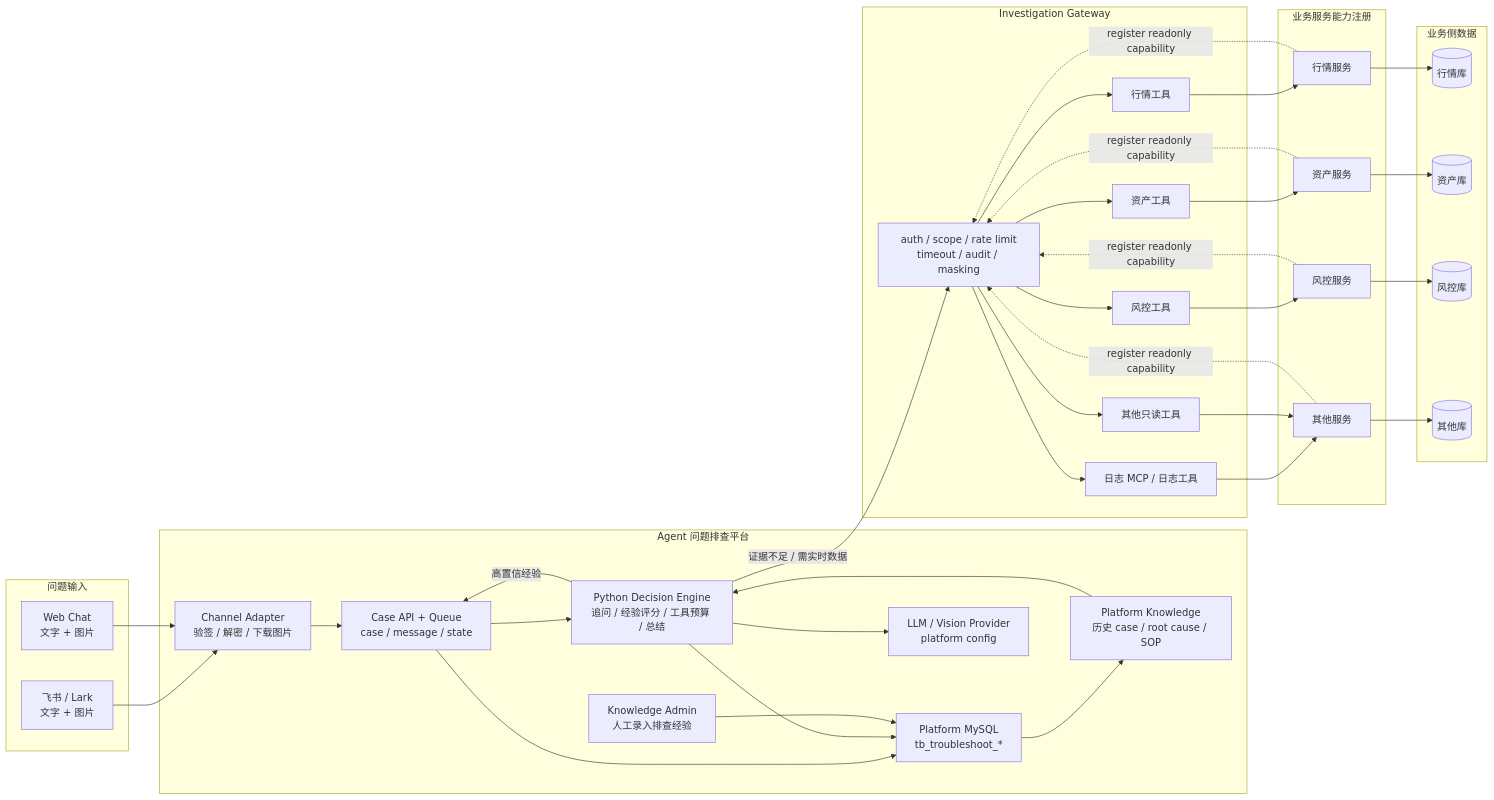
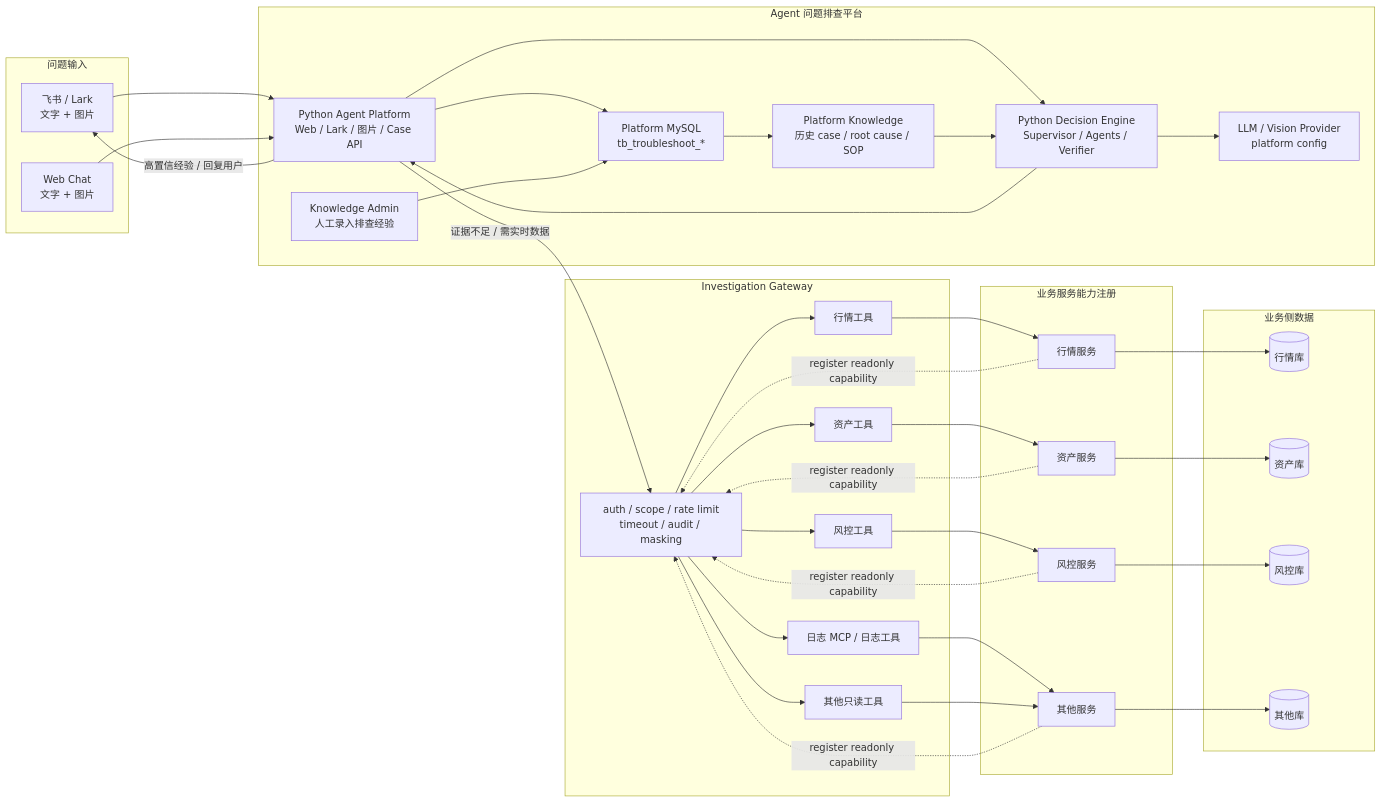
The diagram in docs/architecture-decisions.md (Nankis/ai-troubleshooter), drawn with Mermaid before and after one commit. The commit also changed other lines of this file and 35 other files, not shown here.

Commit message:
P-2026-035 cut over to Python agent platform

````diff
--- a/docs/architecture-decisions.md
+++ b/docs/architecture-decisions.md
@@ -34,71 +34,69 @@
 ```mermaid
 flowchart LR
   subgraph Input["问题输入"]
     Lark["飞书 / Lark<br/>文字 + 图片"]
     Web["Web Chat<br/>文字 + 图片"]
   end
 
   subgraph Platform["Agent 问题排查平台"]
-    Adapter["Channel Adapter<br/>验签 / 解密 / 下载图片"]
-    CaseAPI["Case API + Queue<br/>case / message / state"]
-    PyEngine["Python Decision Engine<br/>追问 / 经验评分 / 工具预算 / 总结"]
+    PyPlatform["Python Agent Platform<br/>Web / Lark / 图片 / Case API"]
+    PyEngine["Python Decision Engine<br/>Supervisor / Agents / Verifier"]
     Store["Platform MySQL<br/>tb_troubleshoot_*"]
     Knowledge["Platform Knowledge<br/>历史 case / root cause / SOP"]
     Admin["Knowledge Admin<br/>人工录入排查经验"]
     Model["LLM / Vision Provider<br/>platform config"]
   end
 
   subgraph Gateway["Investigation Gateway"]
     Gate["auth / scope / rate limit<br/>timeout / audit / masking"]
     LogsTool["日志 MCP / 日志工具"]
     MarketTool["行情工具"]
     AssetTool["资产工具"]
     RiskTool["风控工具"]
     OtherTool["其他只读工具"]
   end
 
   subgraph Business["业务服务能力注册"]
     MarketSvc["行情服务"]
     AssetSvc["资产服务"]
     RiskSvc["风控服务"]
     OtherSvc["其他服务"]
   end
 
   subgraph BusinessDB["业务侧数据"]
     MarketDB[(行情库)]
     AssetDB[(资产库)]
     RiskDB[(风控库)]
     OtherDB[(其他库)]
   end
 
-  Lark --> Adapter
-  Web --> Adapter
-  Adapter --> CaseAPI
-  CaseAPI --> PyEngine
-  CaseAPI --> Store
+  Lark --> PyPlatform
+  Web --> PyPlatform
+  PyPlatform --> PyEngine
+  PyPlatform --> Store
   PyEngine --> Model
-  PyEngine --> Store
+  PyEngine --> PyPlatform
   Admin --> Store
   Store --> Knowledge
   Knowledge --> PyEngine
-  PyEngine -- "高置信经验" --> CaseAPI
-  PyEngine -- "证据不足 / 需实时数据" --> Gate
+  PyPlatform -- "高置信经验 / 回复用户" --> Lark
+  PyPlatform -- "证据不足 / 需实时数据" --> Gate
   Gate --> LogsTool
   Gate --> MarketTool
   Gate --> AssetTool
   Gate --> RiskTool
   Gate --> OtherTool
   MarketSvc -. "register readonly capability" .-> Gate
   AssetSvc -. "register readonly capability" .-> Gate
   RiskSvc -. "register readonly capability" .-> Gate
   OtherSvc -. "register readonly capability" .-> Gate
   LogsTool --> OtherSvc
   MarketTool --> MarketSvc
   AssetTool --> AssetSvc
   RiskTool --> RiskSvc
   OtherTool --> OtherSvc
   MarketSvc --> MarketDB
   AssetSvc --> AssetDB
   RiskSvc --> RiskDB
   OtherSvc --> OtherDB
 ```
````
